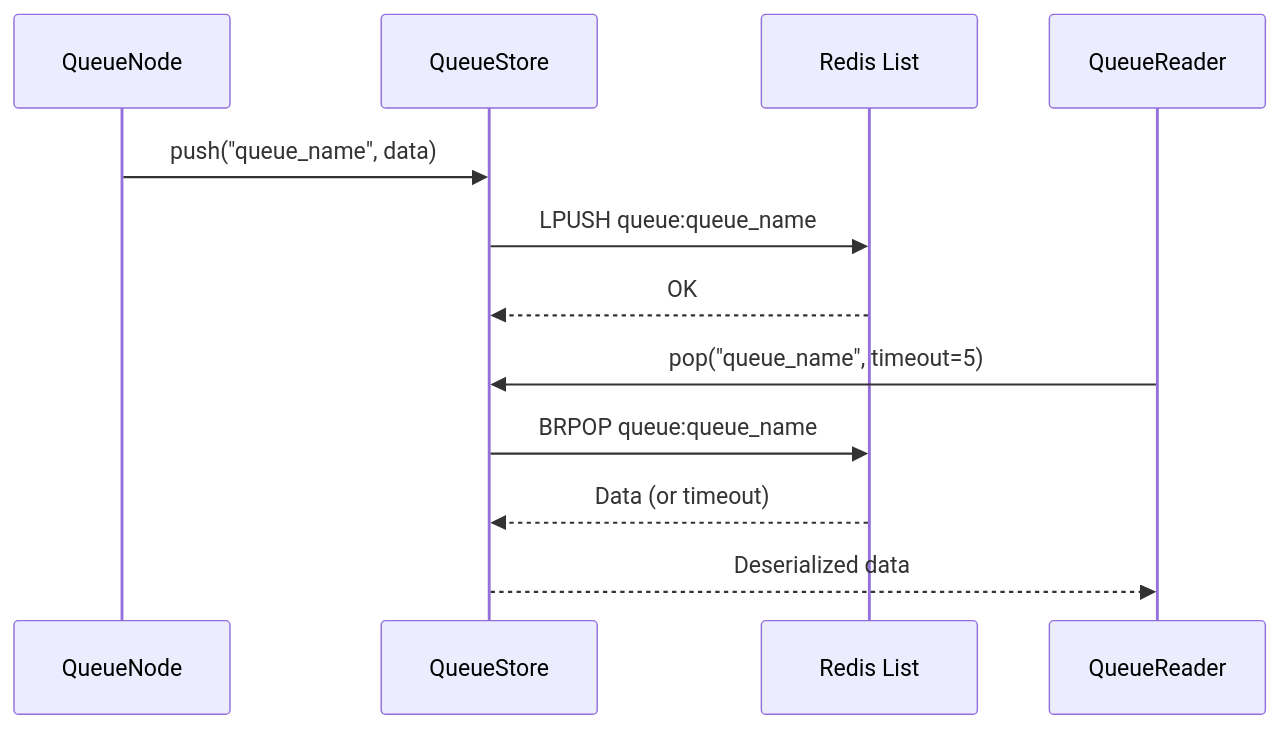
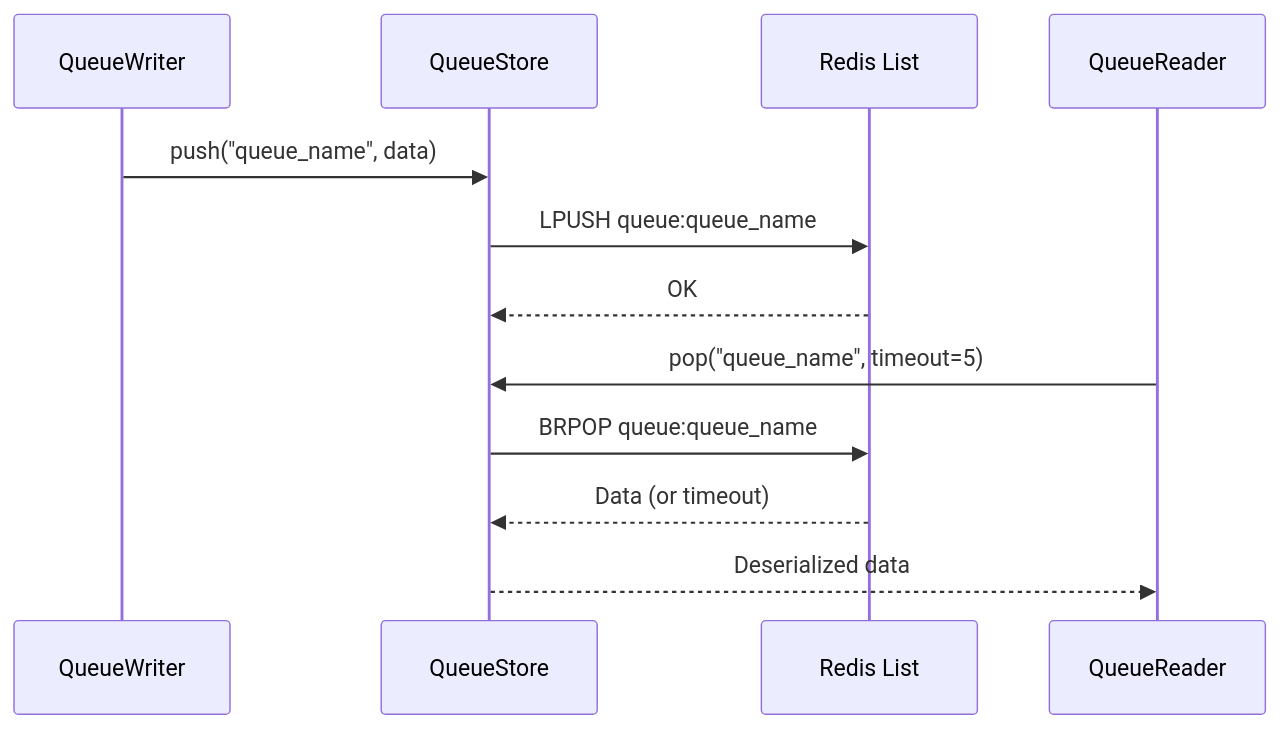
One commit to Roshan-yadav-evil-genius/TheOneEye-Backend changed the fourth of 10 diagrams in docs/06-Storage-System.md. Above: the diagram before and after it, drawn with Mermaid. The commit also changed other lines of this file and 10 other files, not shown here.

````diff
--- a/docs/06-Storage-System.md
+++ b/docs/06-Storage-System.md
@@ -151,16 +151,16 @@
 ```mermaid
 sequenceDiagram
-    participant QN as QueueNode
+    participant QW as QueueWriter
     participant QS as QueueStore
     participant Redis as Redis List
     participant QR as QueueReader
 
-    QN->>QS: push("queue_name", data)
+    QW->>QS: push("queue_name", data)
     QS->>Redis: LPUSH queue:queue_name
     Redis-->>QS: OK
     
     QR->>QS: pop("queue_name", timeout=5)
     QS->>Redis: BRPOP queue:queue_name
     Redis-->>QS: Data (or timeout)
     QS-->>QR: Deserialized data
 ```
````
